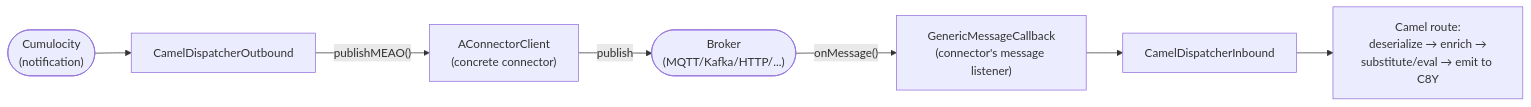
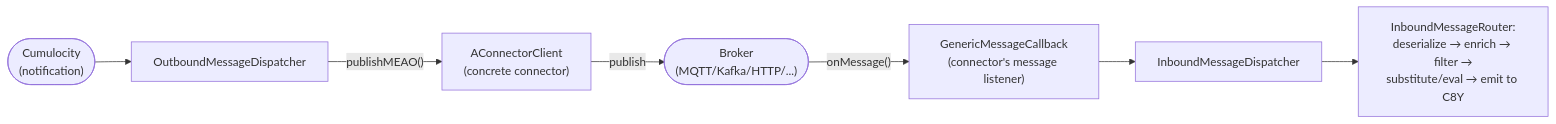
One commit to Cumulocity-IoT/cumulocity-dynamic-mapper changed the diagram in docs/feature/connector-framework.md. Above: the diagram before and after it, drawn with Mermaid. The commit also changed other lines of this file and 12 other files, not shown here.

````diff
--- a/docs/feature/connector-framework.md
+++ b/docs/feature/connector-framework.md
@@ -114,10 +114,10 @@
 ```mermaid
 flowchart LR
     broker(["Broker\n(MQTT/Kafka/HTTP/...)"]) -- "onMessage()" --> callback["GenericMessageCallback\n(connector's message listener)"]
-    callback --> dispatchIn["CamelDispatcherInbound"]
-    dispatchIn --> route["Camel route:\ndeserialize → enrich →\nsubstitute/eval → emit to C8Y"]
+    callback --> dispatchIn["InboundMessageDispatcher"]
+    dispatchIn --> route["InboundMessageRouter:\ndeserialize → enrich → filter →\nsubstitute/eval → emit to C8Y"]
 
-    c8y(["Cumulocity\n(notification)"]) --> dispatchOut["CamelDispatcherOutbound"]
+    c8y(["Cumulocity\n(notification)"]) --> dispatchOut["OutboundMessageDispatcher"]
     dispatchOut -- "publishMEAO()" --> conn["AConnectorClient\n(concrete connector)"]
     conn -- publish --> broker
 ```
````
